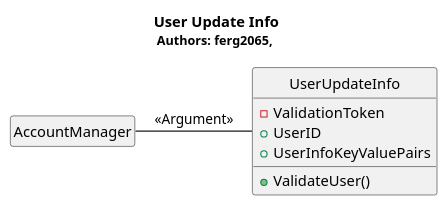
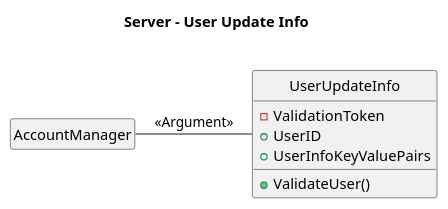
Before and after one commit to voxelv/sQuire_kw: the diagram in hw3/Server/server_userupdateinfo.pu, drawn with PlantUML. The commit also changed 22 other files, not shown here.

```diff
--- a/hw3/Server/server_userupdateinfo.pu
+++ b/hw3/Server/server_userupdateinfo.pu
@@ -1,18 +1,18 @@
 @startuml
 hide circle
 hide empty members
 
-Title <b>User Update Info</b>\n<size:12>Authors: ferg2065, </size>
+Title <b>Server - User Update Info</b>\n
 
 class "AccountManager" as uam
 class "UserUpdateInfo" as uaui{
 	-ValidationToken
 	+UserID
 	+UserInfoKeyValuePairs
 	+ValidateUser()
 	}
 
 uam - uaui : <<Argument>>
 
 
 @enduml
```
